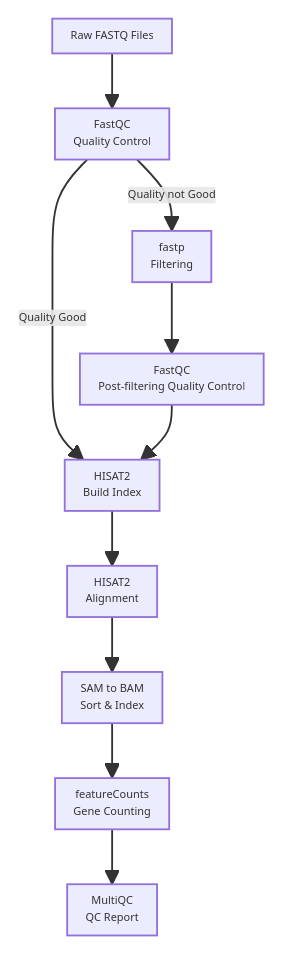
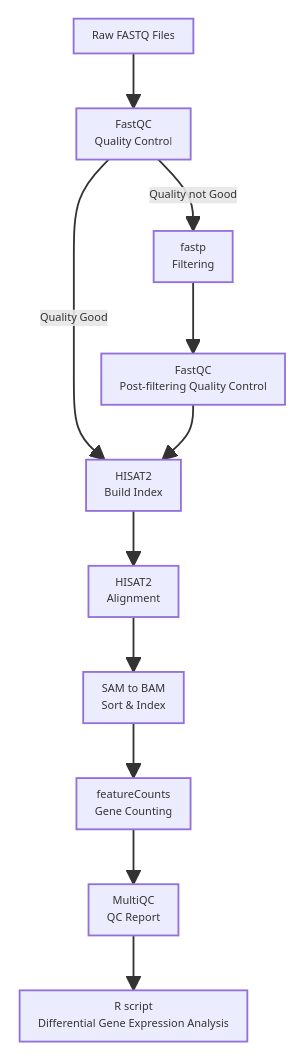
One commit to Susan-Li18/rnaseq_course changed the diagram in Readme.md. Above: the diagram before and after it, drawn with Mermaid. The commit also changed other lines of this file, not shown here.

````diff
--- a/Readme.md
+++ b/Readme.md
@@ -4,18 +4,19 @@
 ```mermaid
 %%{init:{'theme':'default','themeVariables':{'fontSize':'6px'},
 'flowchart':{
    'nodeSpacing':10,
    'rankSpacing':30,
    'padding':5
 }}}%%
 graph TB
   A[Raw FASTQ Files] --> B[FastQC<br/>Quality Control]
   B --> |Quality Good| E[HISAT2]
   B --> |Quality not Good| C[fastp<br/>Filtering]
   C --> D[FastQC<br/>Post-filtering Quality Control]
   D --> E[HISAT2<br/> Build Index]
   E --> F[HISAT2<br/>Alignment]
   F --> G[SAM to BAM<br/>Sort & Index]
   G --> H[featureCounts<br/>Gene Counting]
   H --> I[MultiQC<br/> QC Report]
+  I --> J[R script<br/> Differential Gene Expression Analysis]
 ```
````
